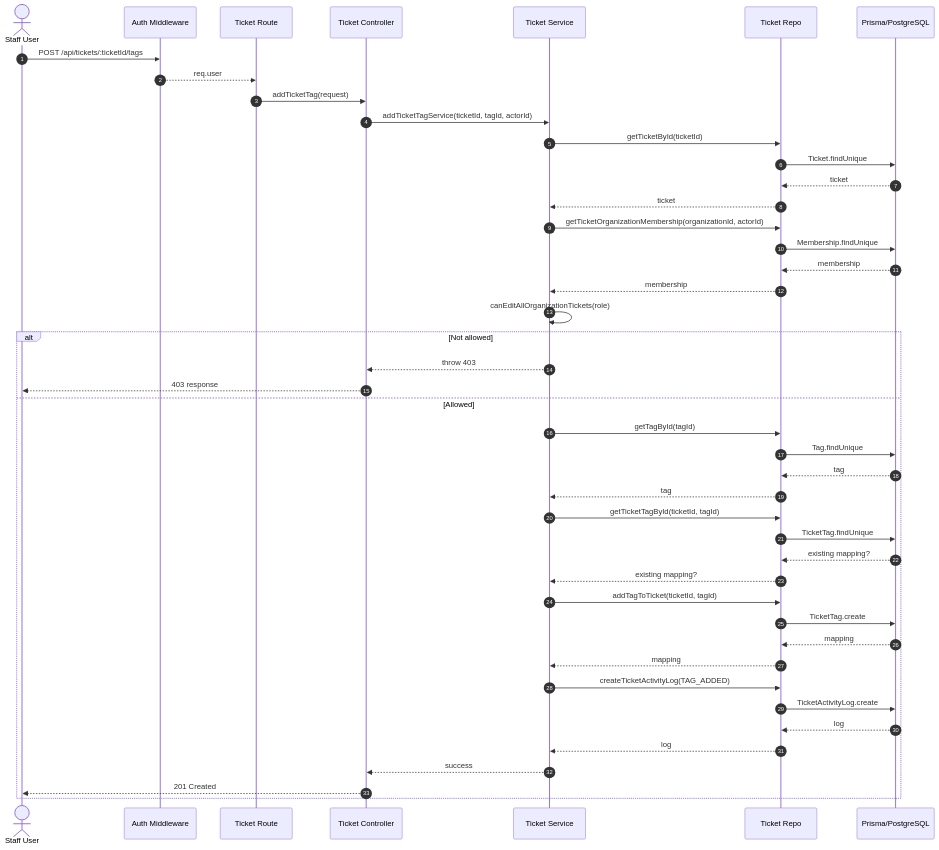
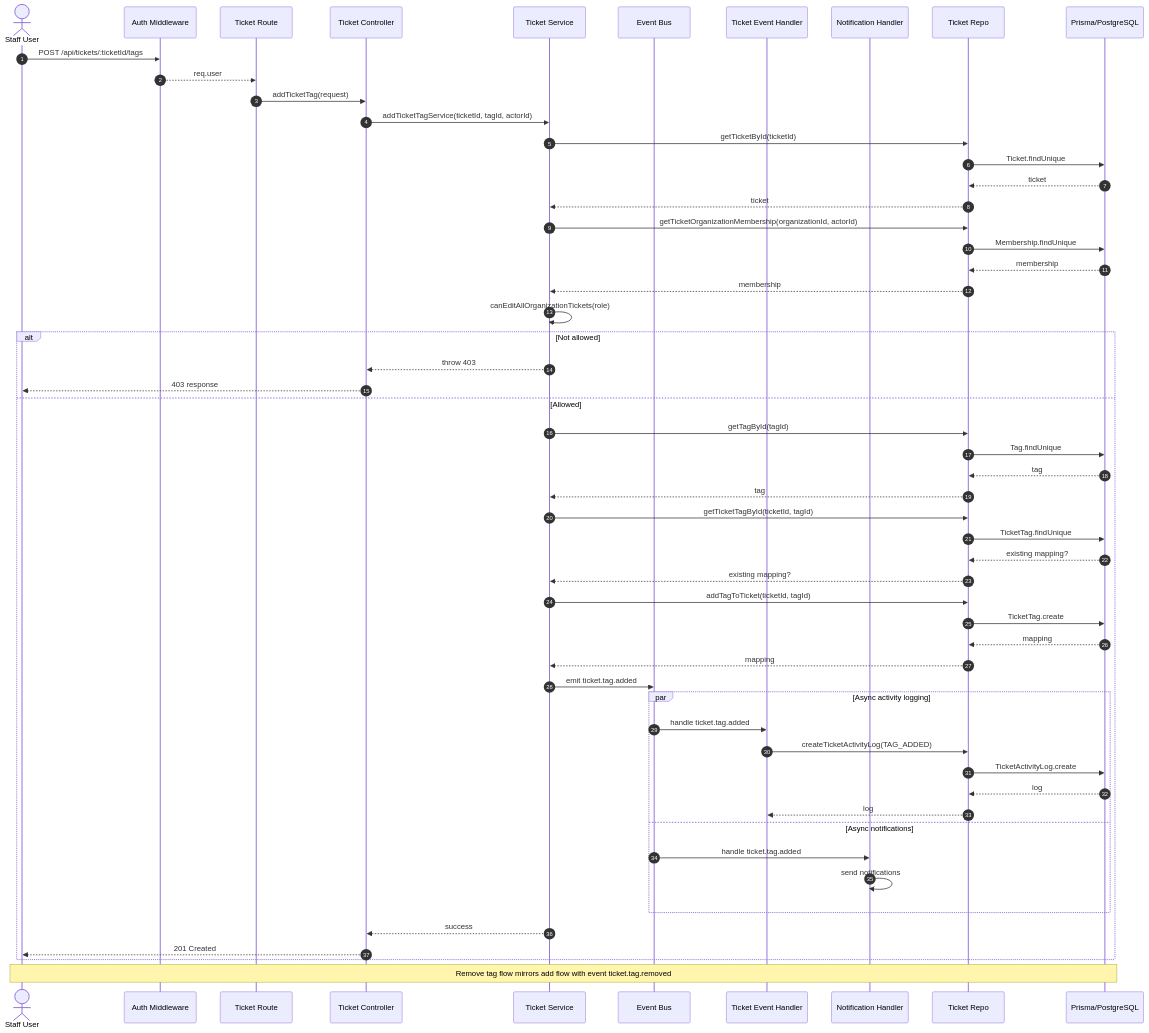
One commit to hardik-agarwal18/HelpForge changed the diagram in docs/uml/18-sequence-ticket-tagging.mmd. Above: the diagram before and after it, drawn with Mermaid. The commit also changed 1 other file, not shown here.

Commit message:
feat(events): enhance ticket comment and tagging flows with async event handling and notifications

```diff
--- a/docs/uml/18-sequence-ticket-tagging.mmd
+++ b/docs/uml/18-sequence-ticket-tagging.mmd
@@ -1,51 +1,63 @@
 sequenceDiagram
   autonumber
   actor SUser as Staff User
   participant Auth as Auth Middleware
   participant R as Ticket Route
   participant C as Ticket Controller
   participant S as Ticket Service
+  participant EB as Event Bus
+  participant EH as Ticket Event Handler
+  participant NH as Notification Handler
   participant Repo as Ticket Repo
   participant DB as Prisma/PostgreSQL
 
   SUser->>Auth: POST /api/tickets/:ticketId/tags
   Auth-->>R: req.user
   R->>C: addTicketTag(request)
   C->>S: addTicketTagService(ticketId, tagId, actorId)
 
   S->>Repo: getTicketById(ticketId)
   Repo->>DB: Ticket.findUnique
   DB-->>Repo: ticket
   Repo-->>S: ticket
 
   S->>Repo: getTicketOrganizationMembership(organizationId, actorId)
   Repo->>DB: Membership.findUnique
   DB-->>Repo: membership
   Repo-->>S: membership
 
   S->>S: canEditAllOrganizationTickets(role)
   alt Not allowed
     S-->>C: throw 403
     C-->>SUser: 403 response
   else Allowed
     S->>Repo: getTagById(tagId)
     Repo->>DB: Tag.findUnique
     DB-->>Repo: tag
     Repo-->>S: tag
 
     S->>Repo: getTicketTagById(ticketId, tagId)
     Repo->>DB: TicketTag.findUnique
     DB-->>Repo: existing mapping?
     Repo-->>S: existing mapping?
 
     S->>Repo: addTagToTicket(ticketId, tagId)
     Repo->>DB: TicketTag.create
     DB-->>Repo: mapping
     Repo-->>S: mapping
-    S->>Repo: createTicketActivityLog(TAG_ADDED)
-    Repo->>DB: TicketActivityLog.create
-    DB-->>Repo: log
-    Repo-->>S: log
+    S->>EB: emit ticket.tag.added
+    par Async activity logging
+      EB->>EH: handle ticket.tag.added
+      EH->>Repo: createTicketActivityLog(TAG_ADDED)
+      Repo->>DB: TicketActivityLog.create
+      DB-->>Repo: log
+      Repo-->>EH: log
+    and Async notifications
+      EB->>NH: handle ticket.tag.added
+      NH->>NH: send notifications
+    end
     S-->>C: success
     C-->>SUser: 201 Created
   end
+
+  Note over SUser,DB: Remove tag flow mirrors add flow with event ticket.tag.removed
```
